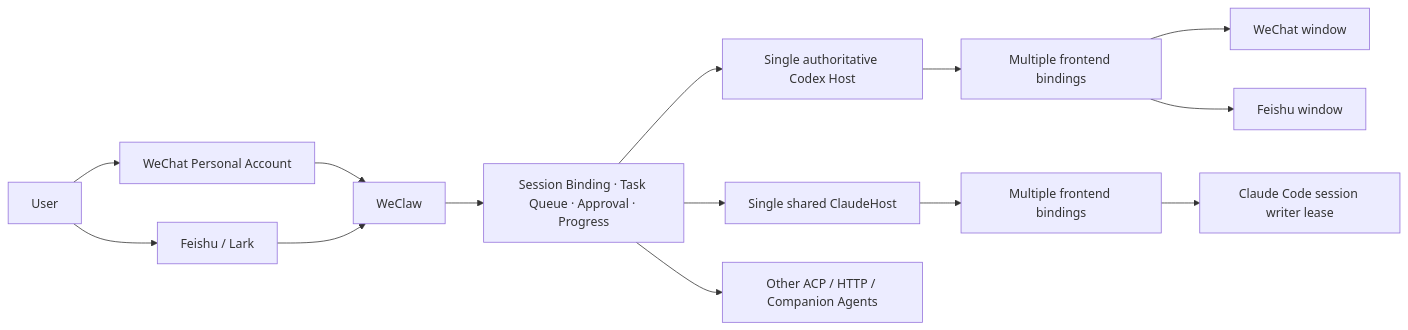
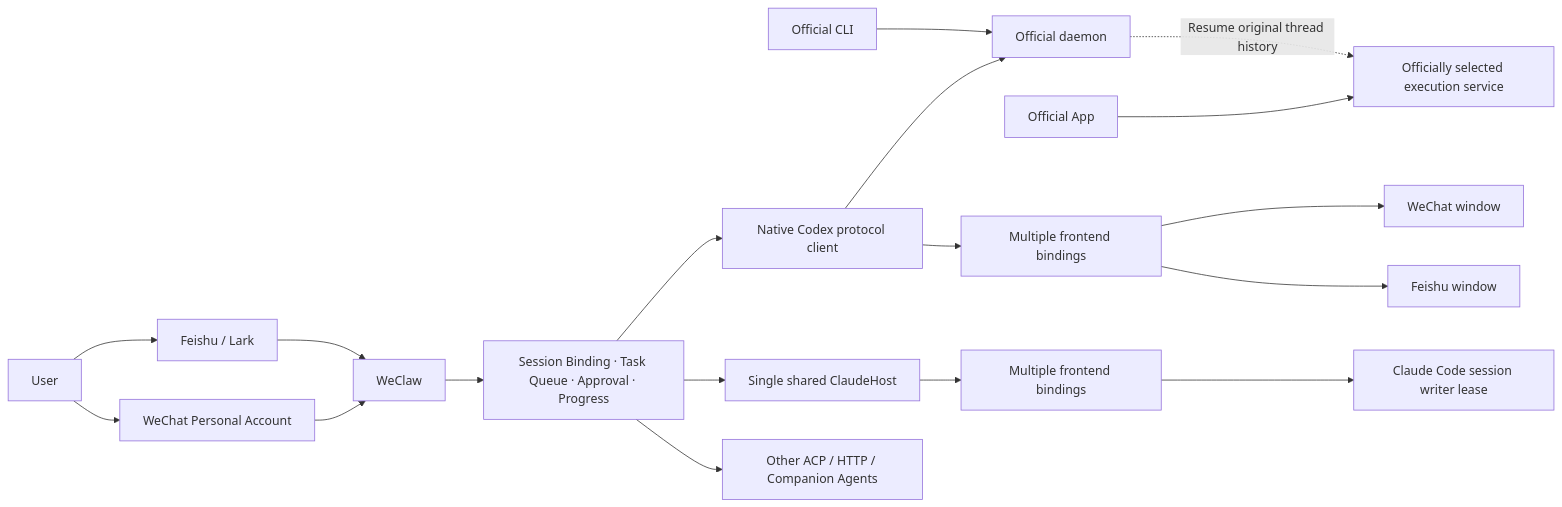
Before and after one commit to TingRuDeng/weclaw: the diagram in README.md, drawn with Mermaid. The commit also changed other lines of this file and 50 other files, not shown here.

First line of the commit message:
feat: default Codex to native protocol clients

````diff
--- a/README.md
+++ b/README.md
@@ -208,16 +209,20 @@
 ```mermaid
 flowchart LR
     User[User] --> WeChat[WeChat Personal Account]
     User --> Feishu[Feishu / Lark]
     WeChat --> Bridge[WeClaw]
     Feishu --> Bridge
     Bridge --> Core[Session Binding · Task Queue · Approval · Progress]
-    Core --> Codex[Single authoritative Codex Host]
+    Core --> Codex[Native Codex protocol client]
+    Codex --> Daemon[Official daemon]
+    CLI[Official CLI] --> Daemon
+    App[Official App] --> AppHost[Officially selected execution service]
+    Daemon -. Resume original thread history .-> AppHost
     Core --> Claude[Single shared ClaudeHost]
     Core --> Other[Other ACP / HTTP / Companion Agents]
     Codex --> Bindings[Multiple frontend bindings]
     Bindings --> WeChatClient[WeChat window]
     Bindings --> FeishuClient[Feishu window]
     Claude --> ClaudeBindings[Multiple frontend bindings]
     ClaudeBindings --> Session[Claude Code session writer lease]
 ```
````
